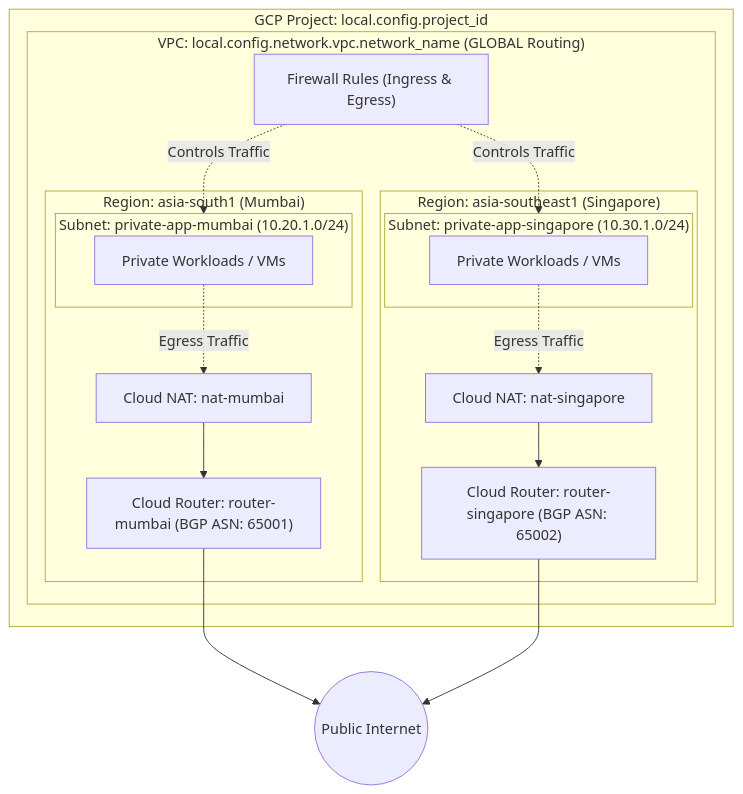
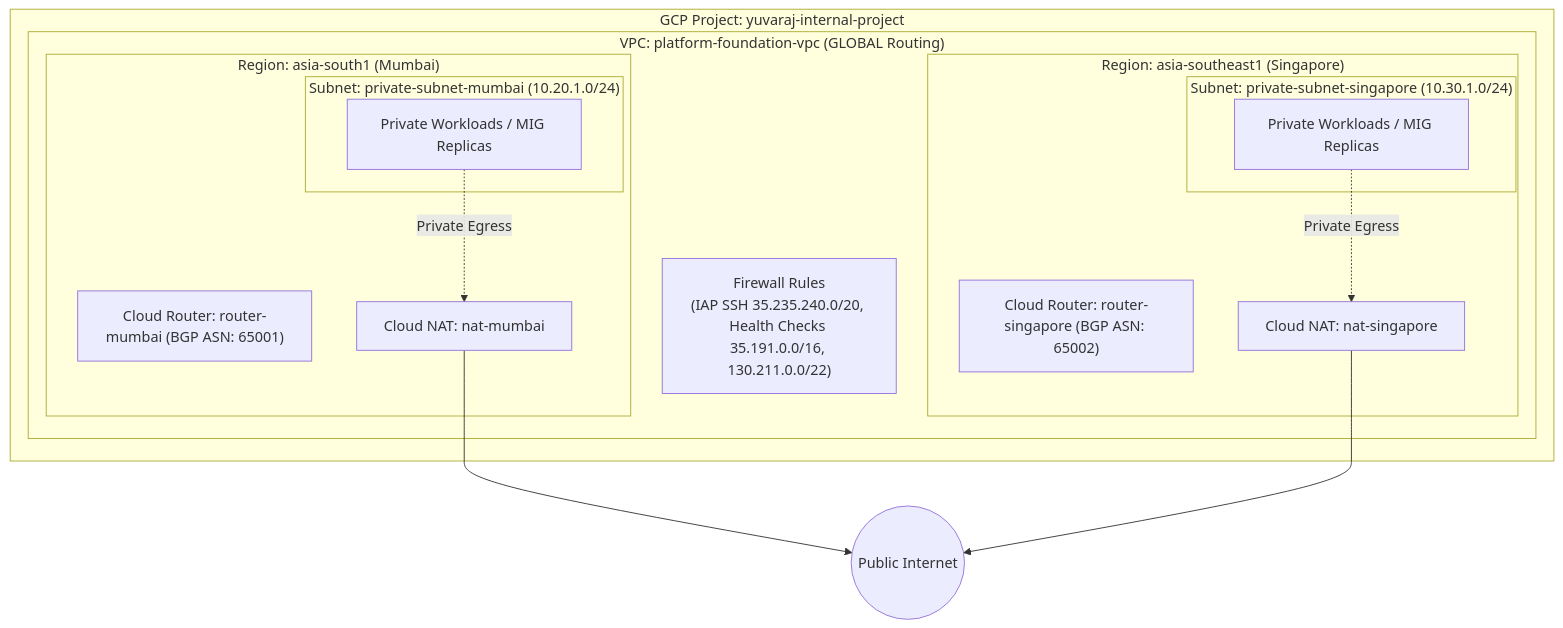
The diagram in 1-network-infrastructure/README.md (yuva-cloud-devops/gcp-platform-foundation-terraform), drawn with Mermaid before and after one commit. The commit also changed other lines of this file and 15 other files, not shown here.

Commit message:
feat: add platform foundation terraform structure and documentation

````diff
--- a/1-network-infrastructure/README.md
+++ b/1-network-infrastructure/README.md
@@ -77,38 +51,30 @@
 ```mermaid
 graph TD
     Internet((Public Internet))
 
-    subgraph GCP_Project["GCP Project: local.config.project_id"]
-        subgraph VPC["VPC: local.config.network.vpc.network_name (GLOBAL Routing)"]
+    subgraph GCP_Project["GCP Project: yuvaraj-internal-project"]
+        subgraph VPC["VPC: platform-foundation-vpc (GLOBAL Routing)"]
             
             subgraph Region1["Region: asia-south1 (Mumbai)"]
-                subgraph SubnetMumbai["Subnet: private-app-mumbai (10.20.1.0/24)"]
-                    VMMumbai["Private Workloads / VMs"]
+                subgraph SubnetMumbai["Subnet: private-subnet-mumbai (10.20.1.0/24)"]
+                    VMMumbai["Private Workloads / MIG Replicas"]
                 end
                 CR_Mumbai["Cloud Router: router-mumbai (BGP ASN: 65001)"]
                 NAT_Mumbai["Cloud NAT: nat-mumbai"]
             end
 
             subgraph Region2["Region: asia-southeast1 (Singapore)"]
-                subgraph SubnetSG["Subnet: private-app-singapore (10.30.1.0/24)"]
-                    VMSG["Private Workloads / VMs"]
+                subgraph SubnetSG["Subnet: private-subnet-singapore (10.30.1.0/24)"]
+                    VMSG["Private Workloads / MIG Replicas"]
                 end
                 CR_SG["Cloud Router: router-singapore (BGP ASN: 65002)"]
                 NAT_SG["Cloud NAT: nat-singapore"]
             end
 
-            FW["Firewall Rules (Ingress & Egress)"]
+            FW["Firewall Rules<br/>(IAP SSH 35.235.240.0/20, Health Checks 35.191.0.0/16, 130.211.0.0/22)"]
         end
     end
 
-    VMMumbai -. Egress Traffic .-> NAT_Mumbai
-    NAT_Mumbai --> CR_Mumbai
-    CR_Mumbai --> Internet
-
-    VMSG -. Egress Traffic .-> NAT_SG
-    NAT_SG --> CR_SG
-    CR_SG --> Internet
-
-    FW -. Controls Traffic .-> SubnetMumbai
-    FW -. Controls Traffic .-> SubnetSG
+    VMMumbai -.->|"Private Egress"| NAT_Mumbai --> Internet
+    VMSG -.->|"Private Egress"| NAT_SG --> Internet
 ```
````
